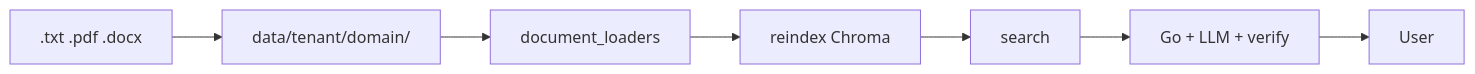
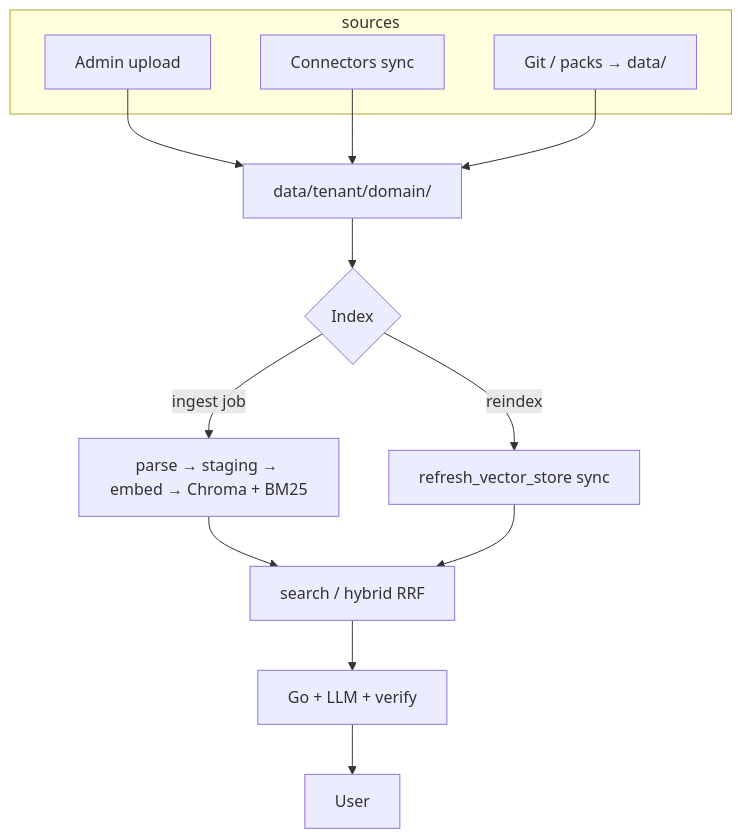
One commit to kantik001/grounded-llm changed the diagram in docs/en/knowledge-base/data-pipeline.md. Above: the diagram before and after it, drawn with Mermaid. The commit also changed other lines of this file and 61 other files, not shown here.

First line of the commit message:
feat: add async KB ingest pipeline with docs and admin UI (#145)

````diff
--- a/docs/en/knowledge-base/data-pipeline.md
+++ b/docs/en/knowledge-base/data-pipeline.md
@@ -9,9 +22,18 @@
 ```mermaid
-flowchart LR
-    A[.txt .pdf .docx] --> B[data/tenant/domain/]
-    B --> C[document_loaders]
-    C --> D[reindex Chroma]
-    D --> E[search]
-    E --> F[Go + LLM + verify]
-    F --> G[User]
+flowchart TB
+    subgraph sources
+        U[Admin upload]
+        C[Connectors sync]
+        G[Git / packs → data/]
+    end
+    U --> D[data/tenant/domain/]
+    C --> D
+    G --> D
+    D --> I{Index}
+    I -->|ingest job| P[parse → staging → embed → Chroma + BM25]
+    I -->|reindex| R[refresh_vector_store sync]
+    P --> S[search / hybrid RRF]
+    R --> S
+    S --> A[Go + LLM + verify]
+    A --> User[User]
 ```
````
